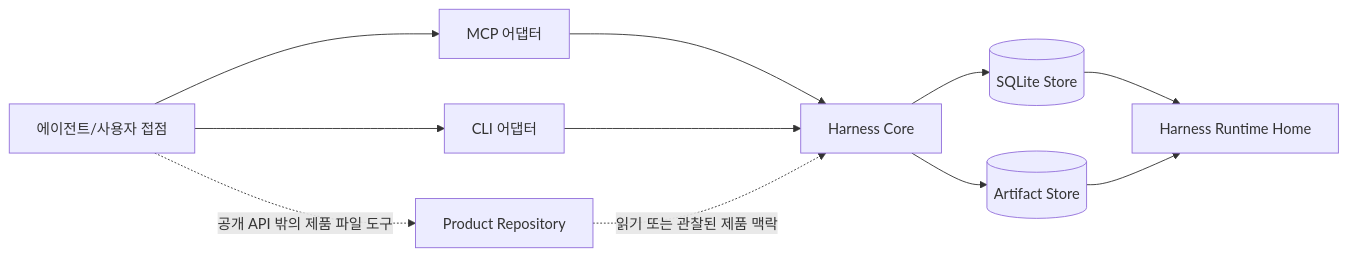
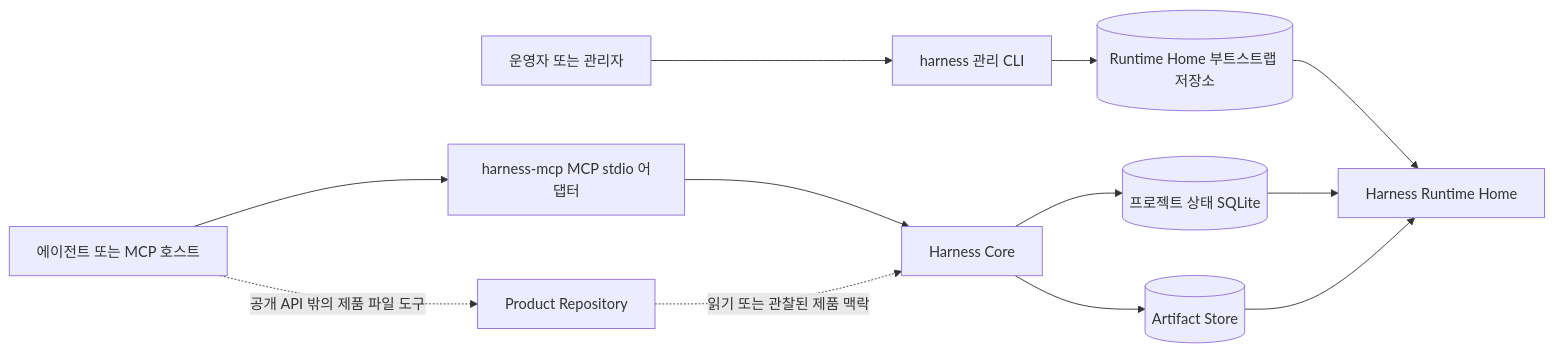
One commit to minjungw00/Harness_Project changed the diagram in docs/ko/build/architecture.md. Above: the diagram before and after it, drawn with Mermaid. The commit also changed other lines of this file and 15 other files, not shown here.

Commit message:
docs: align runtime architecture and storage layout

````diff
--- a/docs/ko/build/architecture.md
+++ b/docs/ko/build/architecture.md
@@ -20,22 +20,25 @@
 ```mermaid
 flowchart LR
-  surface[에이전트/사용자 접점]
-  mcp[MCP 어댑터]
-  cli[CLI 어댑터]
+  host[에이전트 또는 MCP 호스트]
+  mcp[harness-mcp MCP stdio 어댑터]
+  operator[운영자 또는 관리자]
+  cli[harness 관리 CLI]
   core[Harness Core]
-  sqlite[(SQLite Store)]
+  sqlite[(프로젝트 상태 SQLite)]
+  bootstrap[(Runtime Home 부트스트랩 저장소)]
   artifacts[(Artifact Store)]
   runtime[Harness Runtime Home]
   product[Product Repository]
 
-  surface --> mcp
-  surface --> cli
+  host --> mcp
   mcp --> core
-  cli --> core
+  operator --> cli
+  cli --> bootstrap
   core --> sqlite
   core --> artifacts
+  bootstrap --> runtime
   sqlite --> runtime
   artifacts --> runtime
   product -. 읽기 또는 관찰된 제품 맥락 .-> core
-  surface -. 공개 API 밖의 제품 파일 도구 .-> product
+  host -. 공개 API 밖의 제품 파일 도구 .-> product
 ```
````
